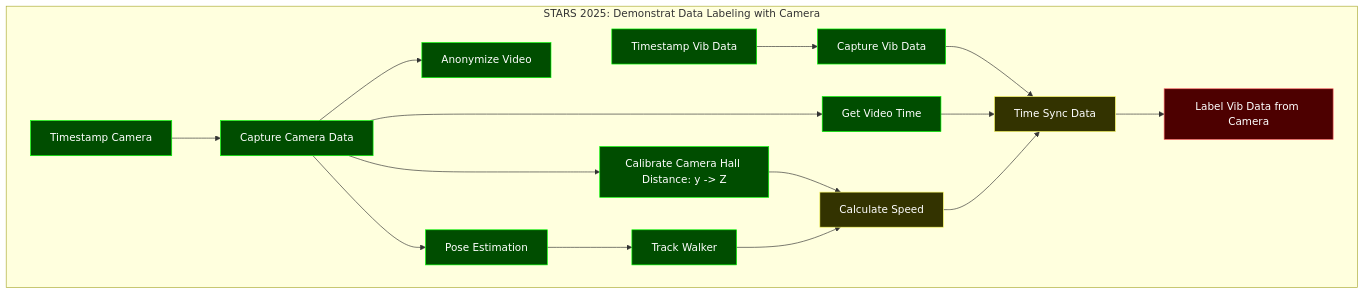
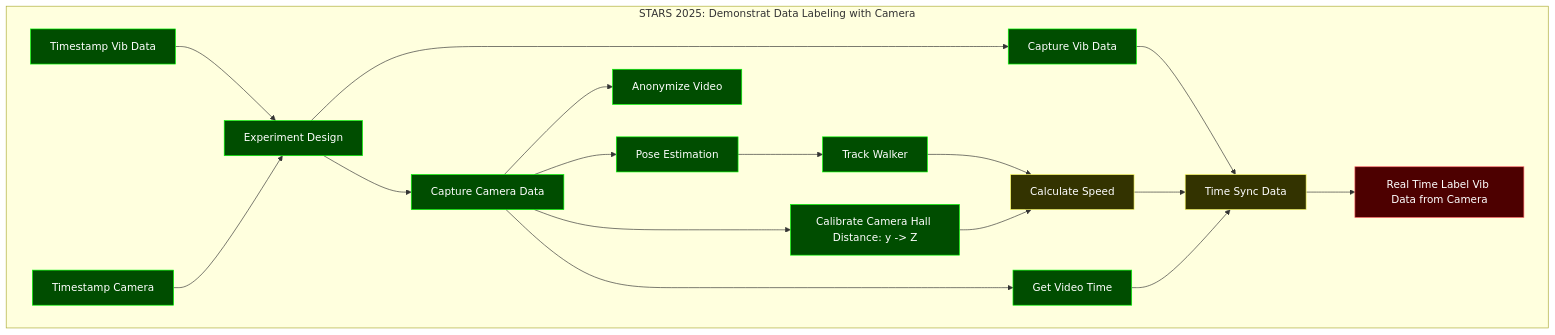
Before and after one commit to iamtheeel/shake: the diagram in roadMap/starsRoadMap.mmd, drawn with Mermaid. The commit also changed 3 other files, not shown here.

Commit message:
Work on roadmap, and downsample

```diff
--- a/roadMap/starsRoadMap.mmd
+++ b/roadMap/starsRoadMap.mmd
@@ -1,53 +1,57 @@
 %% ─────────────────────────────────────────────
 %% 📈 HOW TO PREVIEW THIS DIAGRAM:
 %% → Right-click this file tab (not the content) → “Command Palette”
 %% → Type: “Preview Mermaid Diagram”
 %% ─────────────────────────────────────────────
 graph TD
     classDef done fill:#004d00,stroke:#00ff00,color:#ffffff;
     classDef inprogress fill:#333300,stroke:#ffff66,color:#ffffff;
     classDef pending fill:#4d0000,stroke:#ff6666,color:#ffffff;
     classDef shared fill:#2f2f2f,stroke:#cccccc,color:#ffffff;
 
 
     %% Using Camera to label data
     %%E2 --> F1
     subgraph STARS 2025: Demonstrat Data Labeling with Camera
         G1[Timestamp Vib Data]
         class G1 done;
         G2[Timestamp Camera]
         class G2 done;
+        G3[Experiment Design]
+        class G3 done;
         H1[Capture Vib Data]
         class H1 done;
         H2[Capture Camera Data]
         class H2 done;
         H4[Anonymize Video]
         class H4 done;
         H10[Get Video Time]
         class H10 done;
         H3[Calibrate Camera Hall Distance: y -> Z]
         class H3 done;
         H5[Pose Estimation]
         class H5 done;
         H6[Track Walker]
         class H6 done;
         H9[Calculate Speed]
         class H9 inprogress;
         H7[Time Sync Data]
         class H7 inprogress;
-        H8[Label Vib Data from Camera]
+        H8[Real Time Label Vib Data from Camera]
         class H8 pending;
     end
-    G1 --> H1
-    G2 --> H2
+    G1 --> G3
+    G2 --> G3
+    G3 --> H1
+    G3 --> H2
     H1 --> H7
     H2 --> H4
     H2 --> H5
     H2 --> H3
     H2 --> H10
     H10 --> H7
     H5 --> H6
     H3 --> H9
     H6 --> H9
     H9 --> H7
     H7 --> H8
```
